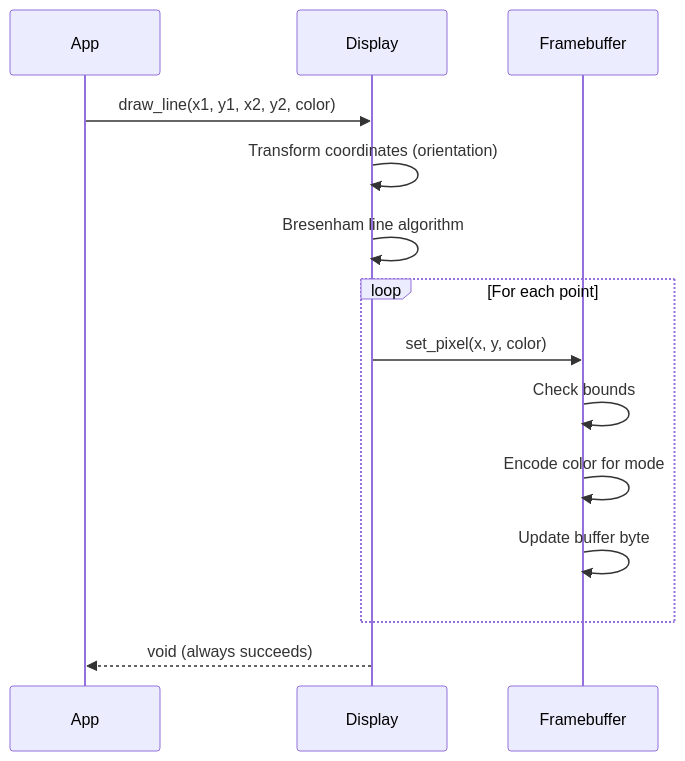
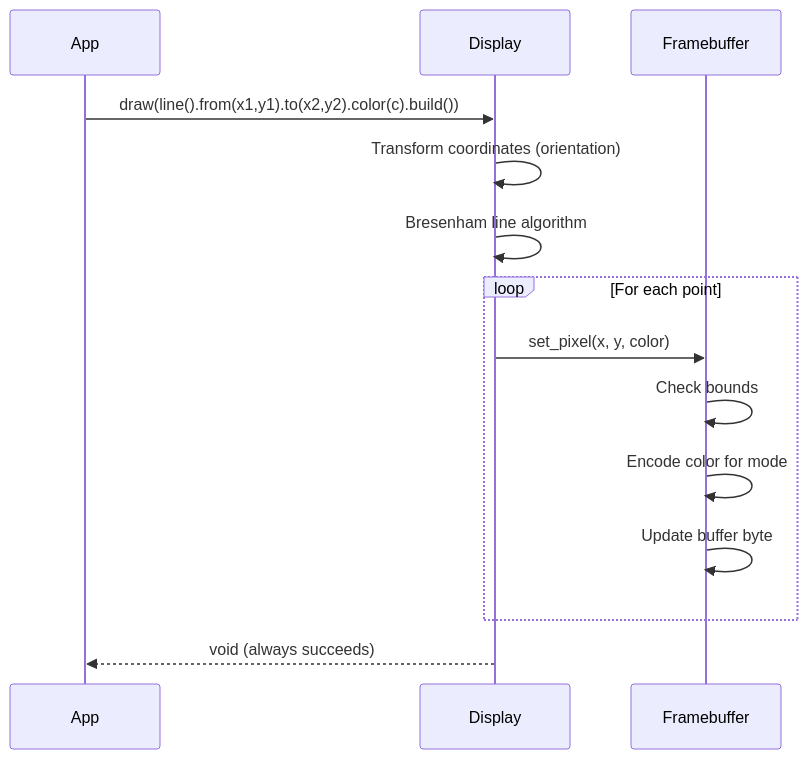
Before and after one commit to johanns/libepaper: the eighth of 12 diagrams in docs/ARCHITECTURE.md, drawn with Mermaid. The commit also changed other lines of this file and 6 other files, not shown here.

````diff
--- a/docs/ARCHITECTURE.md
+++ b/docs/ARCHITECTURE.md
@@ -409,17 +414,17 @@
 ```mermaid
 sequenceDiagram
     participant App
     participant Display
     participant Framebuffer
 
-    App->>Display: draw_line(x1, y1, x2, y2, color)
+    App->>Display: draw(line().from(x1,y1).to(x2,y2).color(c).build())
     Display->>Display: Transform coordinates (orientation)
     Display->>Display: Bresenham line algorithm
     loop For each point
         Display->>Framebuffer: set_pixel(x, y, color)
         Framebuffer->>Framebuffer: Check bounds
         Framebuffer->>Framebuffer: Encode color for mode
         Framebuffer->>Framebuffer: Update buffer byte
     end
     Display-->>App: void (always succeeds)
 ```
````
